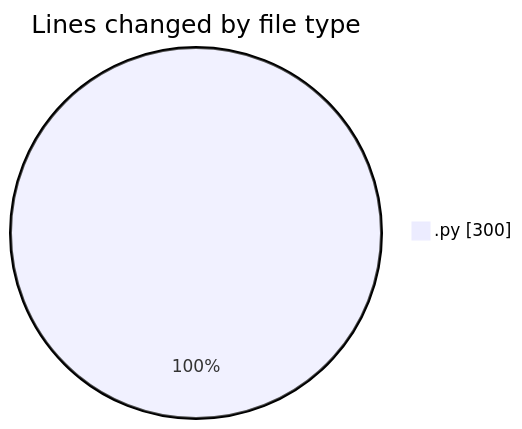
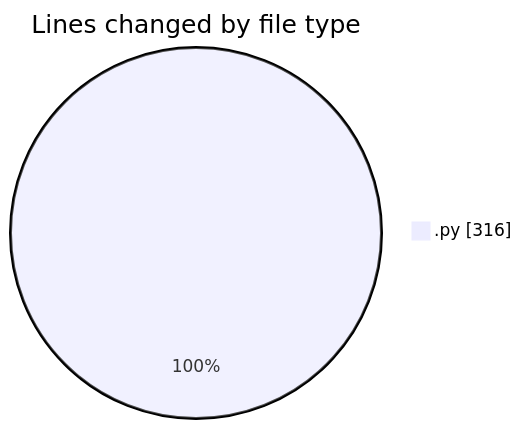
One commit to MatusMokan/code-tracking changed the first of 2 diagrams in 2025-01-12/myws__workspace_/README.md. Above: the diagram before and after it, drawn with Mermaid. The commit also changed other lines of this file and 1 other file, not shown here.

````diff
--- a/2025-01-12/myws__workspace_/README.md
+++ b/2025-01-12/myws__workspace_/README.md
@@ -21,5 +21,5 @@
 ```mermaid
 pie showData
 title Lines changed by file type
-".py" : 300
+".py" : 316
 ```
````
